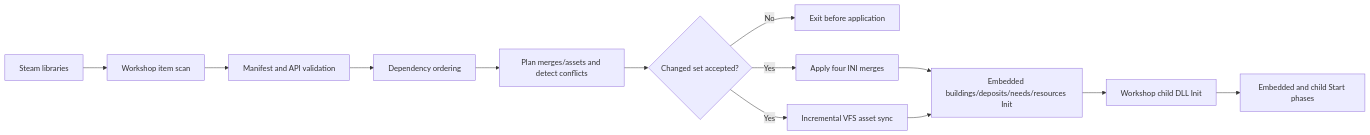
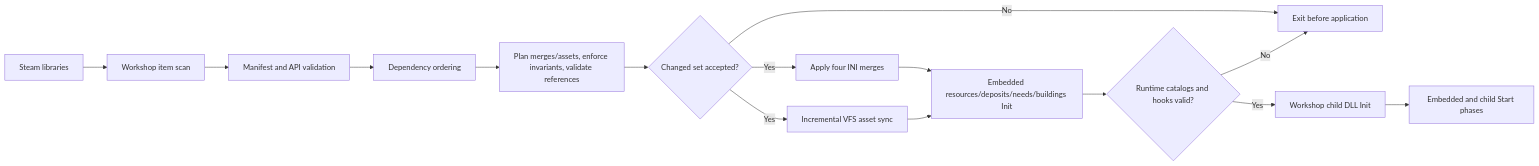
The diagram in docs/ARCHITECTURE.md (lucasmorais99/Soviet-Mod-Loader), drawn with Mermaid before and after one commit. The commit also changed other lines of this file and 17 other files, not shown here.

````diff
--- a/docs/ARCHITECTURE.md
+++ b/docs/ARCHITECTURE.md
@@ -38,15 +38,17 @@
 ```mermaid
 flowchart LR
     A[Steam libraries] --> B[Workshop item scan]
     B --> C[Manifest and API validation]
     C --> D[Dependency ordering]
-    D --> P[Plan merges/assets and detect conflicts]
+    D --> P[Plan merges/assets, enforce invariants, validate references]
     P --> Q{Changed set accepted?}
     Q -->|No| X[Exit before application]
     Q -->|Yes| E[Apply four INI merges]
     Q -->|Yes| F[Incremental VFS asset sync]
-    E --> G[Embedded buildings/deposits/needs/resources Init]
+    E --> G[Embedded resources/deposits/needs/buildings Init]
     F --> G
-    G --> H[Workshop child DLL Init]
+    G --> V{Runtime catalogs and hooks valid?}
+    V -->|No| X
+    V -->|Yes| H[Workshop child DLL Init]
     H --> I[Embedded and child Start phases]
 ```
````
